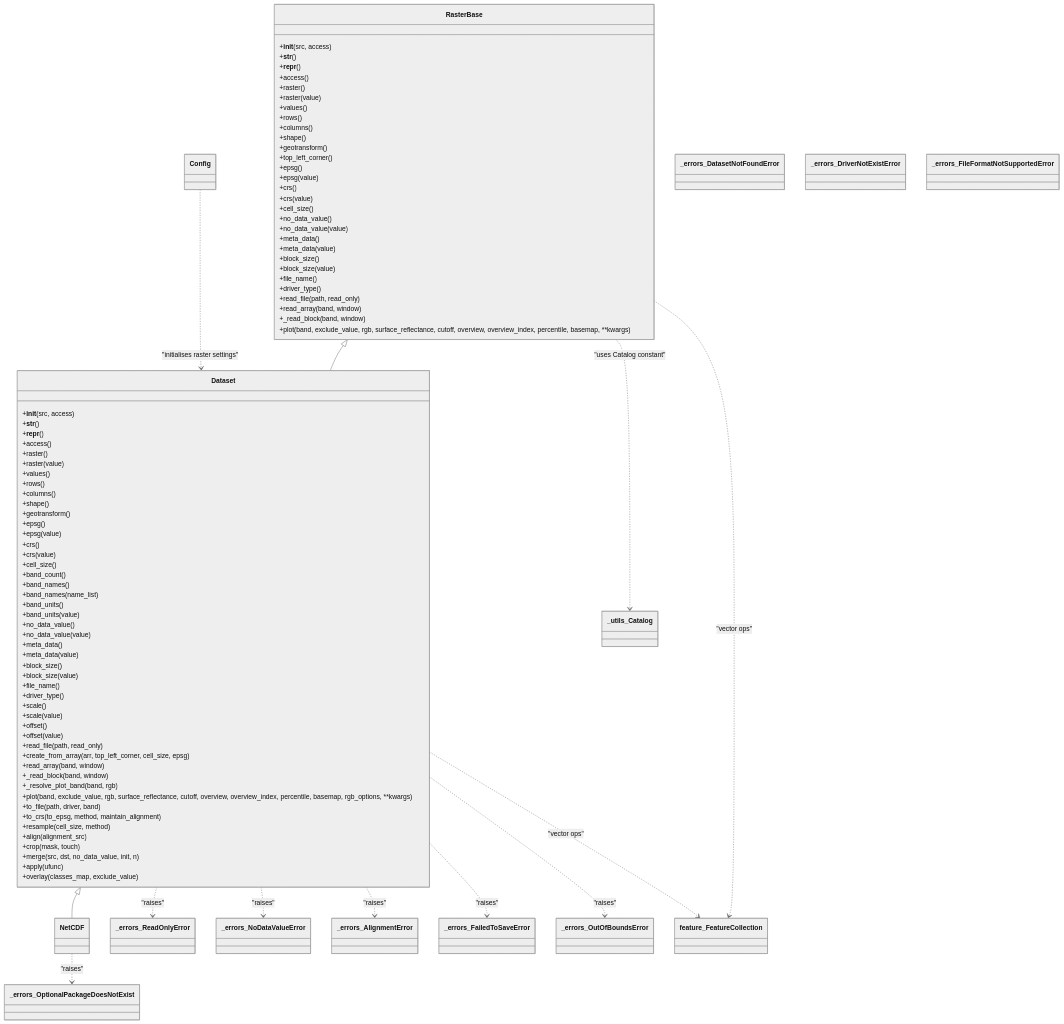
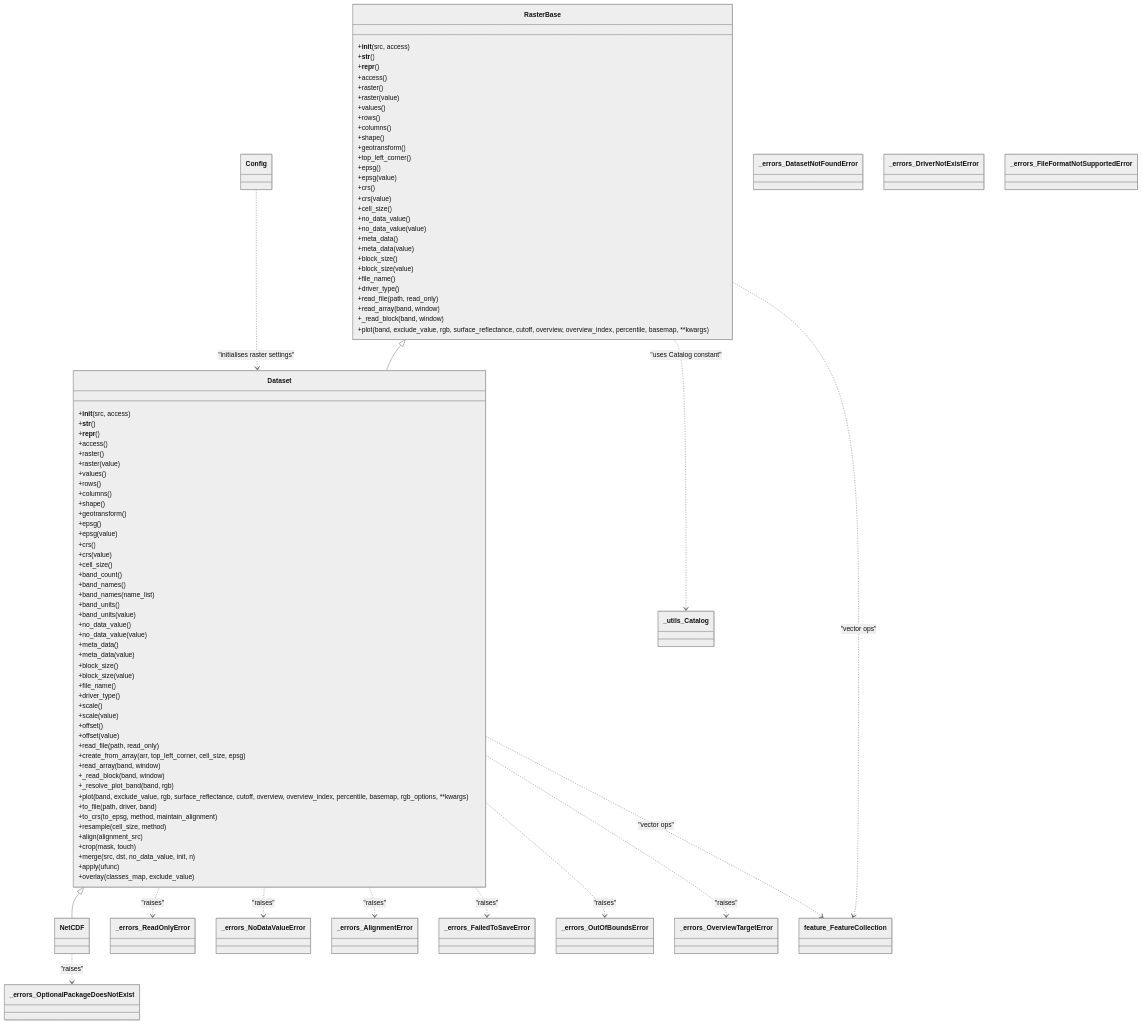
The third of 4 diagrams in docs/reference/dataset/index.md (serapeum-org/pyramids), drawn with Mermaid (neutral theme) before and after one commit. The commit also changed 9 other files, not shown here.

```diff
--- a/docs/reference/dataset/index.md
+++ b/docs/reference/dataset/index.md
@@ -147,6 +147,7 @@
     class _errors_OptionalPackageDoesNotExist
     class _errors_FailedToSaveError
     class _errors_OutOfBoundsError
+    class _errors_OverviewTargetError
 
     %% inheritance relations
     RasterBase <|-- Dataset
@@ -160,6 +161,7 @@
     Dataset ..> _errors_AlignmentError : "raises"
     Dataset ..> _errors_NoDataValueError : "raises"
     Dataset ..> _errors_FailedToSaveError : "raises"
+    Dataset ..> _errors_OverviewTargetError : "raises"
     Dataset ..> _errors_OutOfBoundsError : "raises"
     NetCDF ..> _errors_OptionalPackageDoesNotExist : "raises"
     Config ..> Dataset : "initialises raster settings"
```
